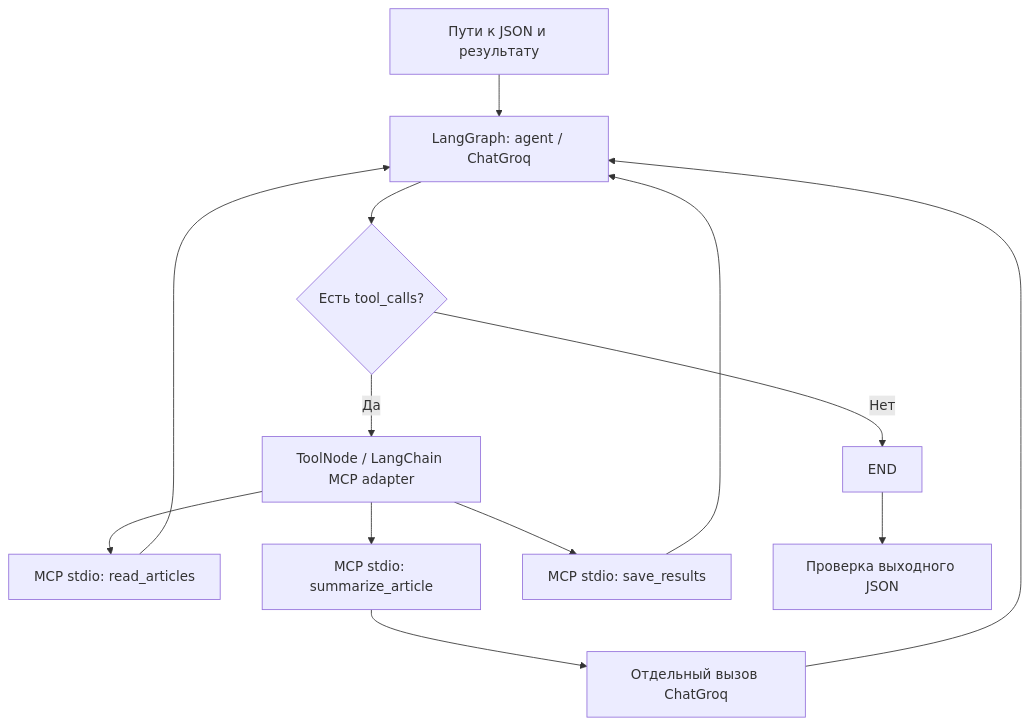
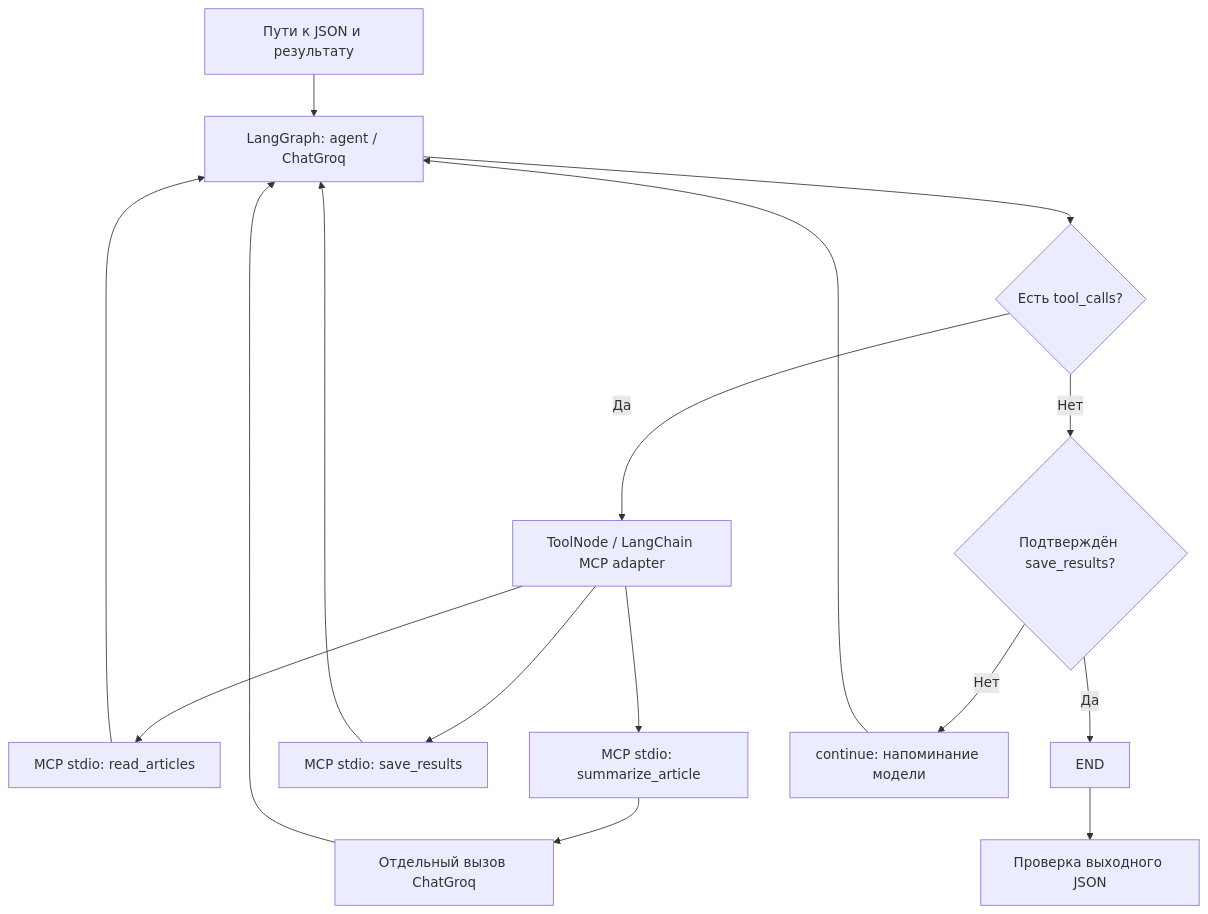
One commit to evelinashakhnazaryan/agents-homework changed the diagram in README.md. Above: the diagram before and after it, drawn with Mermaid. The commit also changed other lines of this file and 10 other files, not shown here.

````diff
--- a/README.md
+++ b/README.md
@@ -32,15 +48,18 @@
 ```mermaid
 flowchart TD
     A[Пути к JSON и результату] --> B[LangGraph: agent / ChatGroq]
     B --> C{Есть tool_calls?}
     C -->|Да| D[ToolNode / LangChain MCP adapter]
     D --> E[MCP stdio: read_articles]
     D --> F[MCP stdio: summarize_article]
     D --> G[MCP stdio: save_results]
     F --> H[Отдельный вызов ChatGroq]
     E --> B
     H --> B
     G --> B
-    C -->|Нет| I[END]
+    C -->|Нет| K{Подтверждён save_results?}
+    K -->|Да| I[END]
+    K -->|Нет| L[continue: напоминание модели]
+    L --> B
     I --> J[Проверка выходного JSON]
 ```
````
